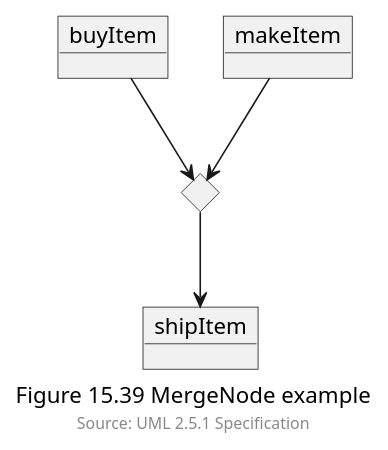
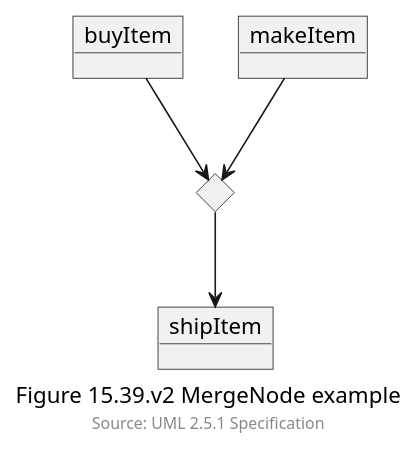
Before and after one commit to masmangan/uml-activity-object-flow: the diagram in figure-15-39-v2.puml, drawn with PlantUML. The commit also changed 1 other file, not shown here.

Commit message:
change caption message

```diff
--- a/figure-15-39-v2.puml
+++ b/figure-15-39-v2.puml
@@ -1,13 +1,13 @@
 @startuml
 object buyItem
 object makeItem
 diamond dia
 object shipItem
 
 buyItem--> dia
 makeItem--> dia
 dia --> shipItem
 
-caption Figure 15.39 MergeNode example
+caption Figure 15.39.v2 MergeNode example
 footer Source: UML 2.5.1 Specification
 @enduml
```
